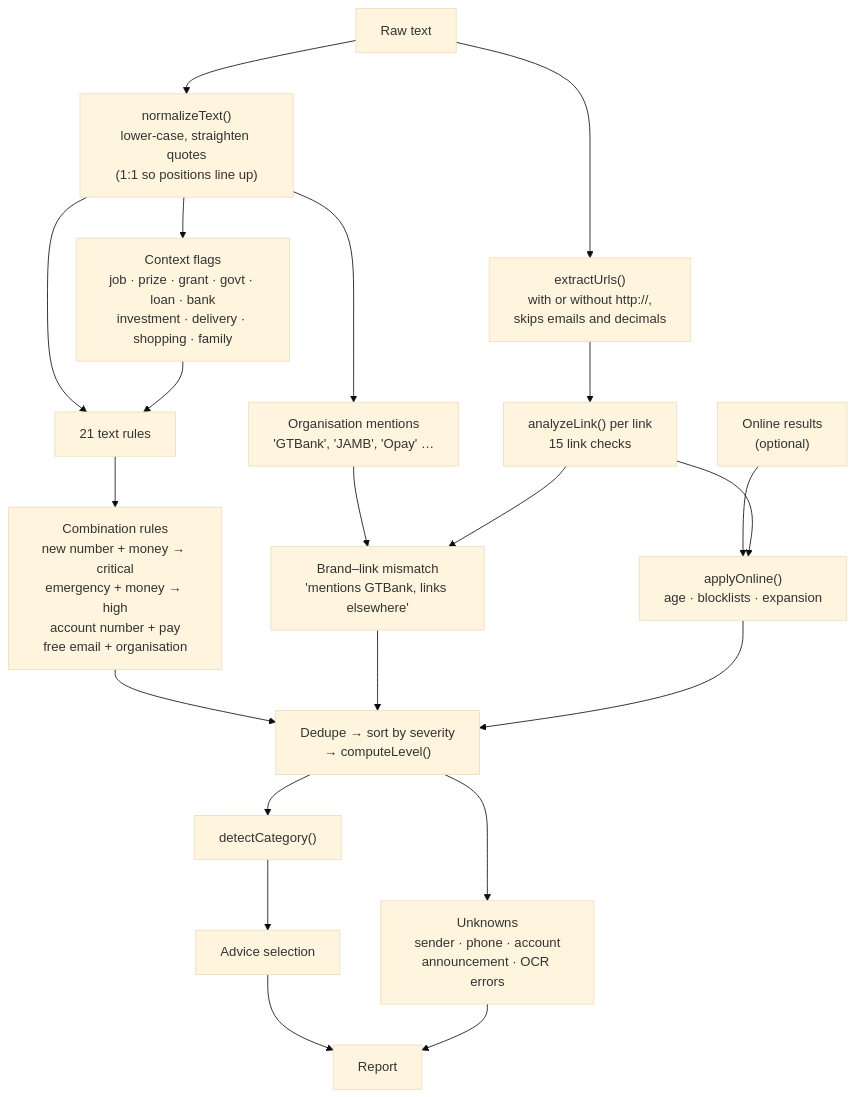
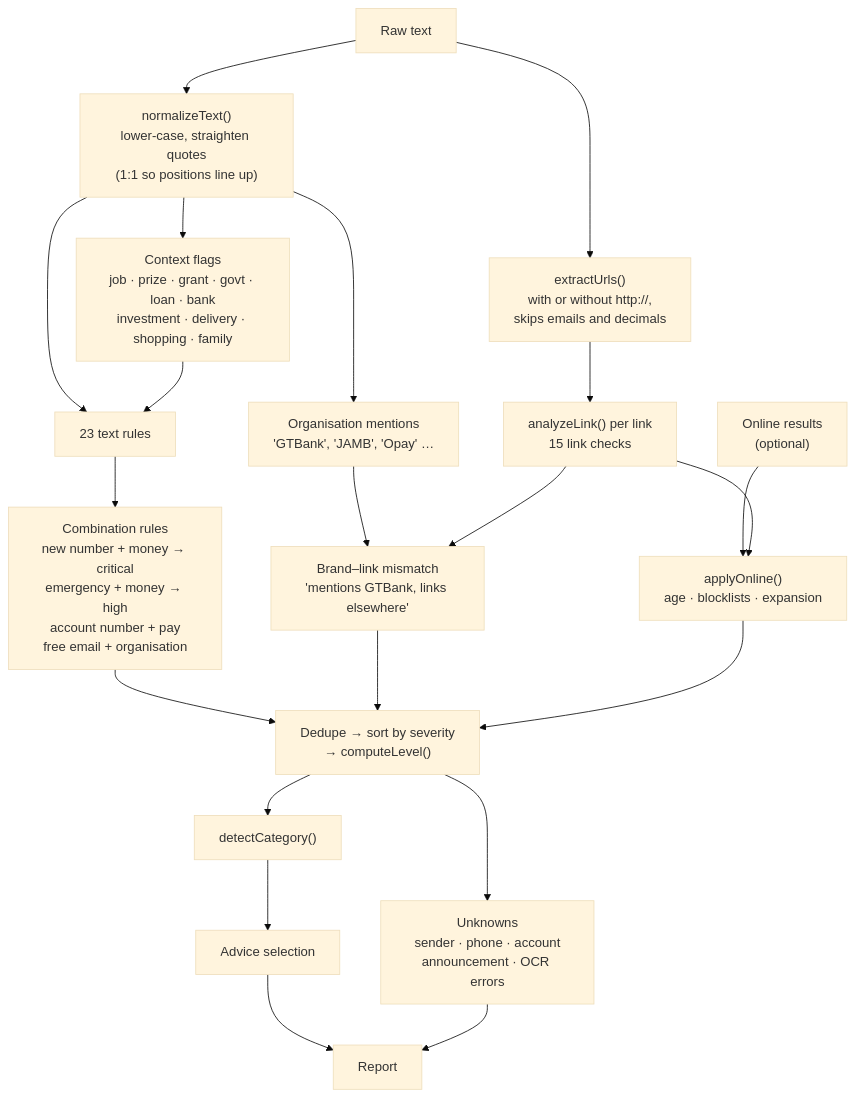
One commit to adeyanjufuhad/CheckAm changed the sixth of 6 diagrams in README.md. Above: the diagram before and after it, drawn with Mermaid (base theme). The commit also changed other lines of this file and 12 other files, not shown here.

````diff
--- a/README.md
+++ b/README.md
@@ -316,23 +322,23 @@
 ```mermaid
 flowchart TB
     IN["Raw text"] --> N["normalizeText()<br/>lower-case, straighten quotes<br/>(1:1 so positions line up)"]
     N --> CTX["Context flags<br/>job · prize · grant · govt · loan · bank<br/>investment · delivery · shopping · family"]
     N --> ORG["Organisation mentions<br/>'GTBank', 'JAMB', 'Opay' …"]
-    N --> TR["21 text rules"]
+    N --> TR["23 text rules"]
     CTX --> TR
     TR --> COMBO["Combination rules<br/>new number + money → critical<br/>emergency + money → high<br/>account number + pay<br/>free email + organisation"]
     IN --> URL["extractUrls()<br/>with or without http://,<br/>skips emails and decimals"]
     URL --> LK["analyzeLink() per link<br/>15 link checks"]
     ORG --> MM["Brand–link mismatch<br/>'mentions GTBank, links elsewhere'"]
     LK --> MM
     ONL["Online results<br/>(optional)"] --> AO["applyOnline()<br/>age · blocklists · expansion"]
     LK --> AO
     COMBO --> SC["Dedupe → sort by severity<br/>→ computeLevel()"]
     MM --> SC
     AO --> SC
     SC --> CAT["detectCategory()"]
     CAT --> ADV["Advice selection"]
     SC --> UNK["Unknowns<br/>sender · phone · account<br/>announcement · OCR errors"]
     ADV --> OUT["Report"]
     UNK --> OUT
 ```
````
